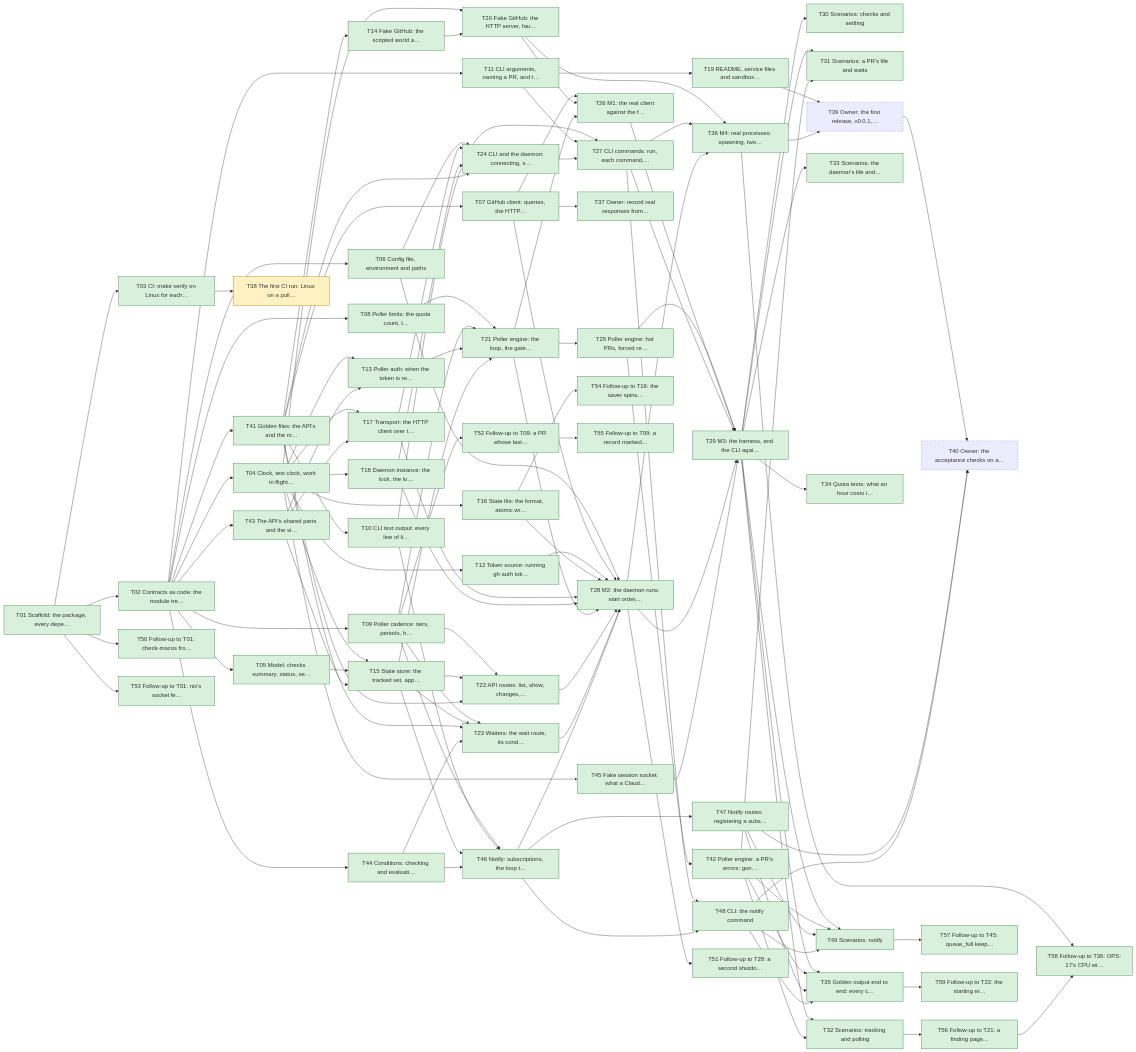
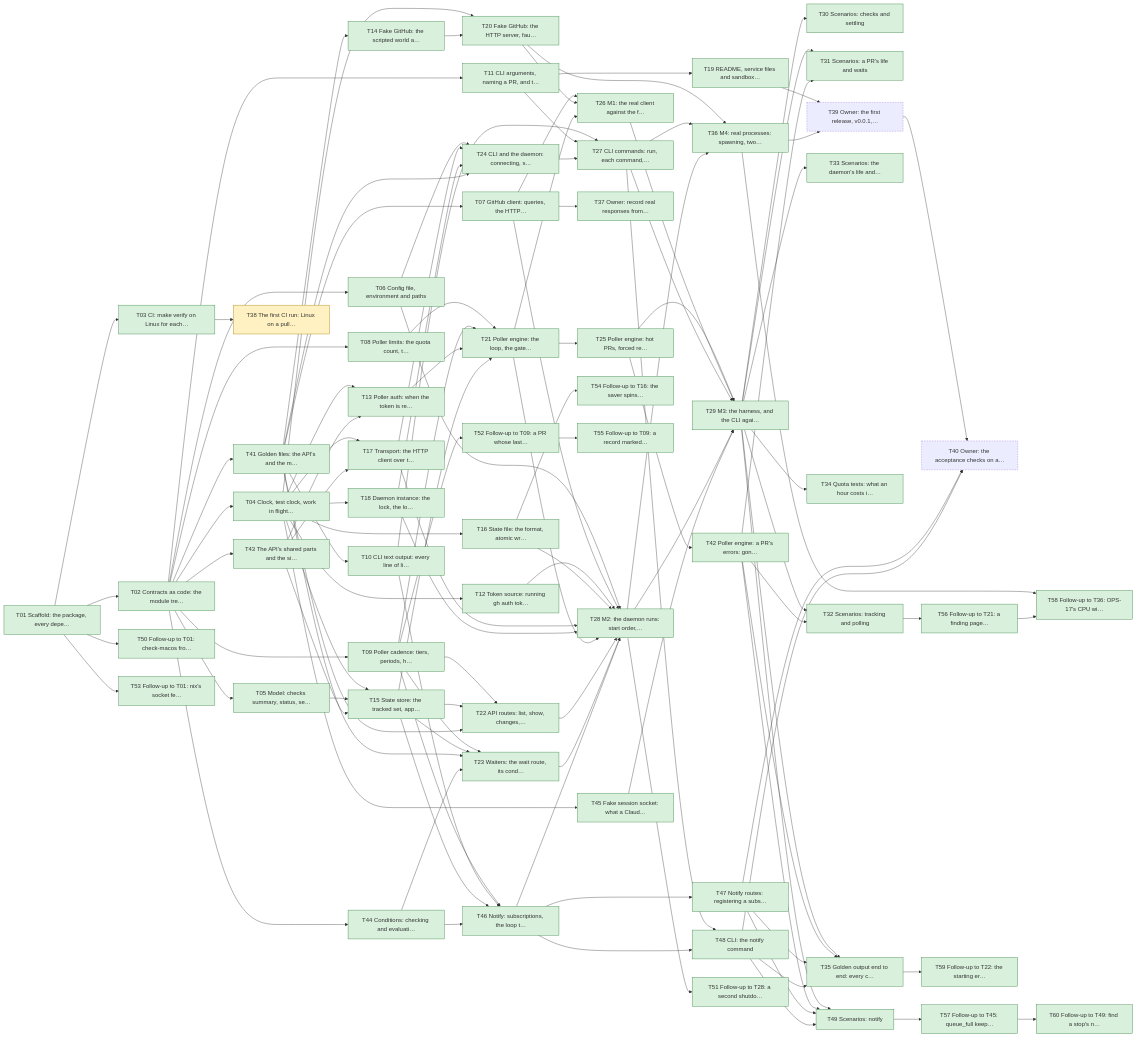
One commit to yachiko/circitor changed the diagram in plan/README.md. Above: the diagram before and after it, drawn with Mermaid. The commit also changed other lines of this file and 5 other files, not shown here.

First line of the commit message:
Find a stop's notice by its PR, not its place (T60)

```diff
--- a/plan/README.md
+++ b/plan/README.md
@@ -205,6 +206,7 @@
   T57["T57 Follow-up to T45: queue_full keep…"]:::done
   T58["T58 Follow-up to T36: OPS-17's CPU wi…"]:::done
   T59["T59 Follow-up to T22: the starting er…"]:::done
+  T60["T60 Follow-up to T49: find a stop's n…"]:::done
   T01 --> T02
   T01 --> T03
   T02 --> T04
@@ -314,6 +316,7 @@
   T36 --> T58
   T56 --> T58
   T35 --> T59
+  T57 --> T60
   classDef done fill:#d8f0dc,stroke:#2f7d3b
   classDef active fill:#fff1c2,stroke:#a07800
   classDef blocked fill:#f8d7da,stroke:#a12a35
```
